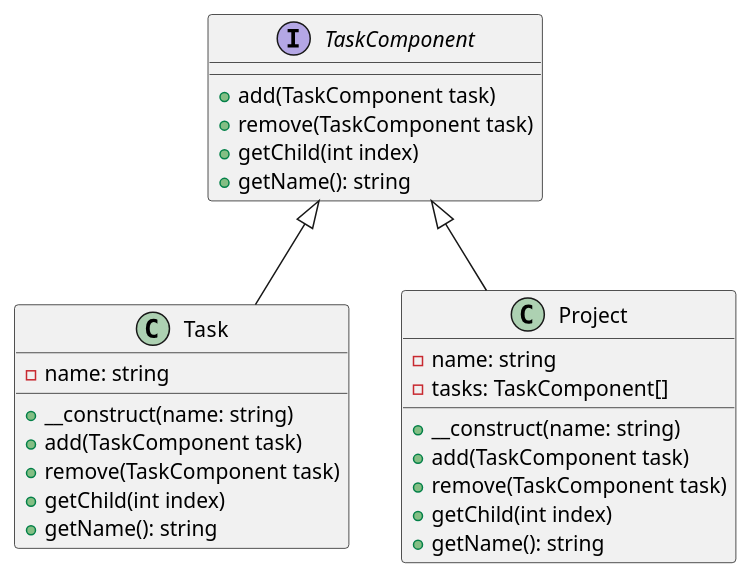
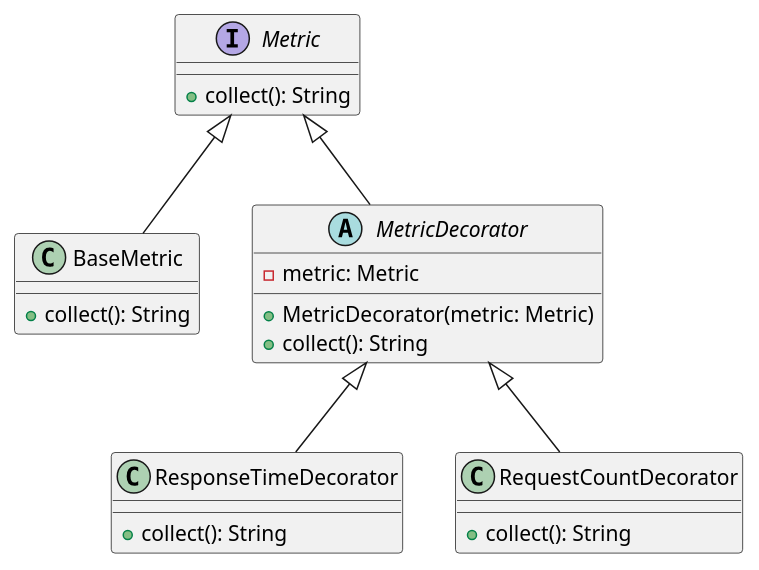
One commit to andrewovchinnikov/design-patterns changed the diagram in klassifikaciya-patternov/structural-patterns/dekorator-decorator/primery/dobavlenie-metrik/php.md. Above: the diagram before and after it, drawn with PlantUML. The commit also changed other lines of this file and 57 other files, not shown here.

````diff
--- a/klassifikaciya-patternov/structural-patterns/dekorator-decorator/primery/dobavlenie-metrik/php.md
+++ b/klassifikaciya-patternov/structural-patterns/dekorator-decorator/primery/dobavlenie-metrik/php.md
@@ -123,32 +102,30 @@
 ```plantuml
 @startuml
-interface TaskComponent {
-    +add(TaskComponent task)
-    +remove(TaskComponent task)
-    +getChild(int index)
-    +getName(): string
+interface Metric {
+    +collect(): String
 }
 
-class Task {
-    -name: string
-    +__construct(name: string)
-    +add(TaskComponent task)
-    +remove(TaskComponent task)
-    +getChild(int index)
-    +getName(): string
+class BaseMetric {
+    +collect(): String
 }
 
-class Project {
-    -name: string
-    -tasks: TaskComponent[]
-    +__construct(name: string)
-    +add(TaskComponent task)
-    +remove(TaskComponent task)
-    +getChild(int index)
-    +getName(): string
+abstract class MetricDecorator {
+    -metric: Metric
+    +MetricDecorator(metric: Metric)
+    +collect(): String
 }
 
-TaskComponent <|-- Task
-TaskComponent <|-- Project
+class ResponseTimeDecorator {
+    +collect(): String
+}
+
+class RequestCountDecorator {
+    +collect(): String
+}
+
+Metric <|-- BaseMetric
+Metric <|-- MetricDecorator
+MetricDecorator <|-- ResponseTimeDecorator
+MetricDecorator <|-- RequestCountDecorator
 @enduml
 ```
````
